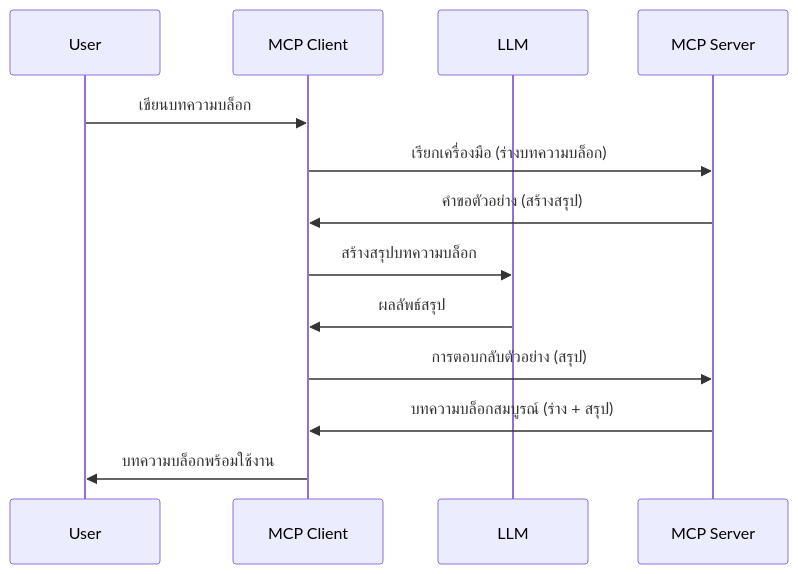
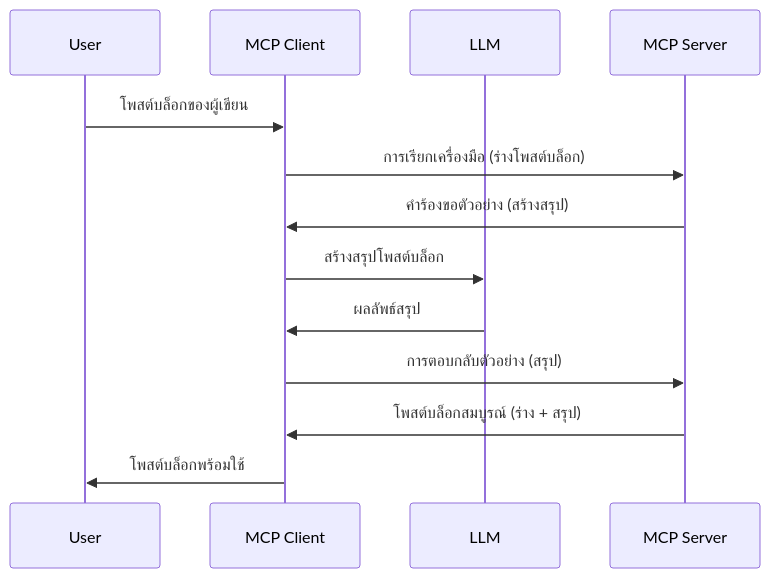
One commit to HIDORAKAI002/ai-workspace-archive changed the diagram in mcp_ecosystem__model_context_protocol/mcp_learning_resources/mcp-for-beginners/translations/th/03-GettingStarted/14-sampling/README.md. Above: the diagram before and after it, drawn with Mermaid. The commit also changed other lines of this file and 1046 other files, not shown here.

````diff
--- a/mcp_ecosystem__model_context_protocol/mcp_learning_resources/mcp-for-beginners/translations/th/03-GettingStarted/14-sampling/README.md
+++ b/mcp_ecosystem__model_context_protocol/mcp_learning_resources/mcp-for-beginners/translations/th/03-GettingStarted/14-sampling/README.md
@@ -23,16 +25,16 @@
 ```mermaid
 sequenceDiagram
     participant User
     participant MCP Client
     participant LLM
     participant MCP Server
 
-    User->>MCP Client: เขียนบทความบล็อก
-    MCP Client->>MCP Server: เรียกเครื่องมือ (ร่างบทความบล็อก)
-    MCP Server->>MCP Client: คำขอตัวอย่าง (สร้างสรุป)
-    MCP Client->>LLM: สร้างสรุปบทความบล็อก
+    User->>MCP Client: โพสต์บล็อกของผู้เขียน
+    MCP Client->>MCP Server: การเรียกเครื่องมือ (ร่างโพสต์บล็อก)
+    MCP Server->>MCP Client: คำร้องขอตัวอย่าง (สร้างสรุป)
+    MCP Client->>LLM: สร้างสรุปโพสต์บล็อก
     LLM->>MCP Client: ผลลัพธ์สรุป
     MCP Client->>MCP Server: การตอบกลับตัวอย่าง (สรุป)
-    MCP Server->>MCP Client: บทความบล็อกสมบูรณ์ (ร่าง + สรุป)
-    MCP Client->>User: บทความบล็อกพร้อมใช้งาน
+    MCP Server->>MCP Client: โพสต์บล็อกสมบูรณ์ (ร่าง + สรุป)
+    MCP Client->>User: โพสต์บล็อกพร้อมใช้
 ```
````
